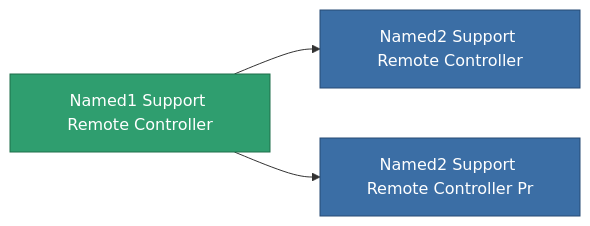
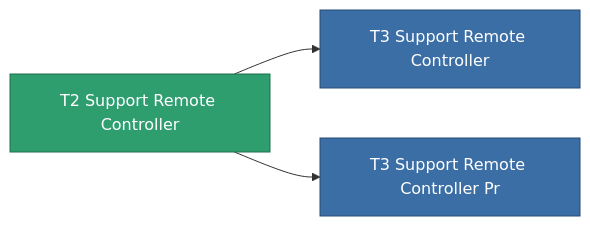
Before and after one commit to OpenPerpetuum/Wiki: the diagram in content/content/items/named1_support_remote_controller.md, drawn with Mermaid. The commit also changed other lines of this file and 4904 other files, not shown here.

````diff
--- a/content/content/items/named1_support_remote_controller.md
+++ b/content/content/items/named1_support_remote_controller.md
@@ -74,13 +58,13 @@
 ```mermaid
 graph LR
-    a["Named1 Support Remote Controller"]:::current
-    b["Named2 Support Remote Controller"]:::prod
+    a["T2 Support Remote Controller"]:::current
+    b["T3 Support Remote Controller"]:::prod
     a --> b
-    click b "/content/items/named2-support-remote-controller/" "Named2 Support Remote Controller"
-    c["Named2 Support Remote Controller Pr"]:::prod
+    click b "/content/items/named2-support-remote-controller/" "T3 Support Remote Controller"
+    c["T3 Support Remote Controller Pr"]:::prod
     a --> c
-    click c "/content/items/named2-support-remote-controller-pr/" "Named2 Support Remote Controller Pr"
+    click c "/content/items/named2-support-remote-controller-pr/" "T3 Support Remote Controller Pr"
     classDef current fill:#2f9e6f,stroke:#1f6f4a,color:#ffffff
     classDef prod fill:#3b6ea5,stroke:#274a75,color:#ffffff
     classDef more fill:#39445a,stroke:#54658a,color:#d5dbe8
 ```
````
